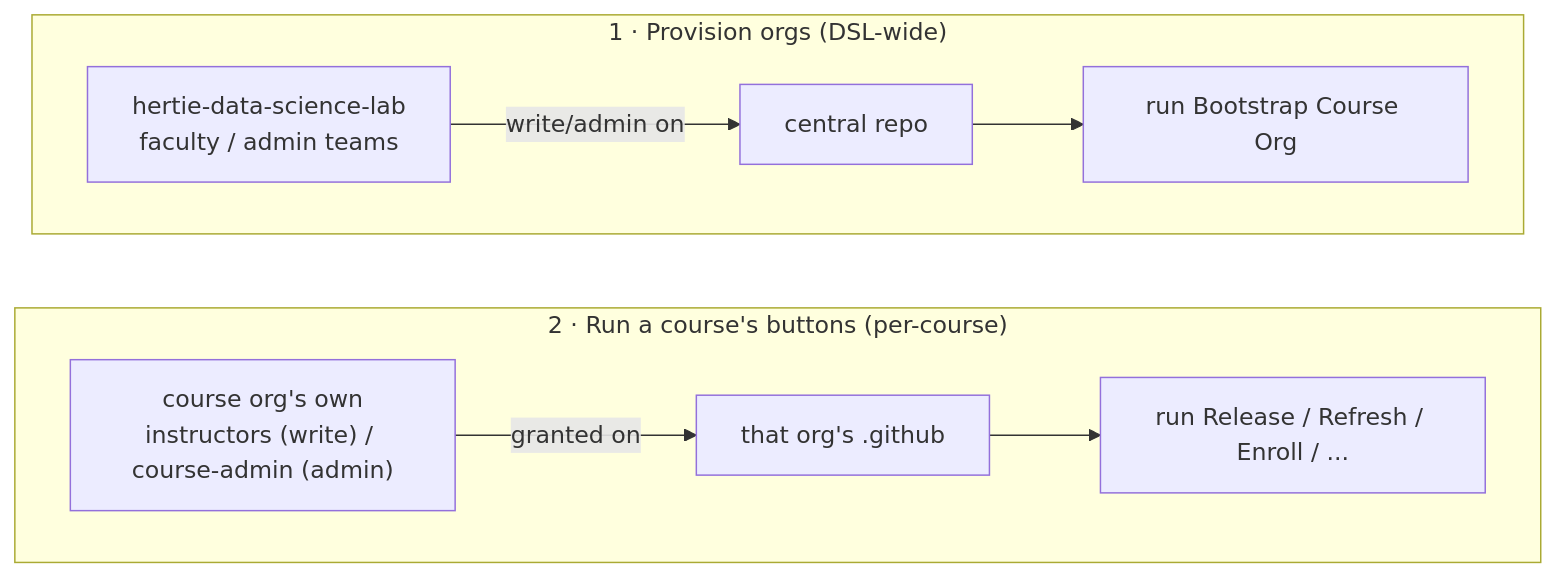
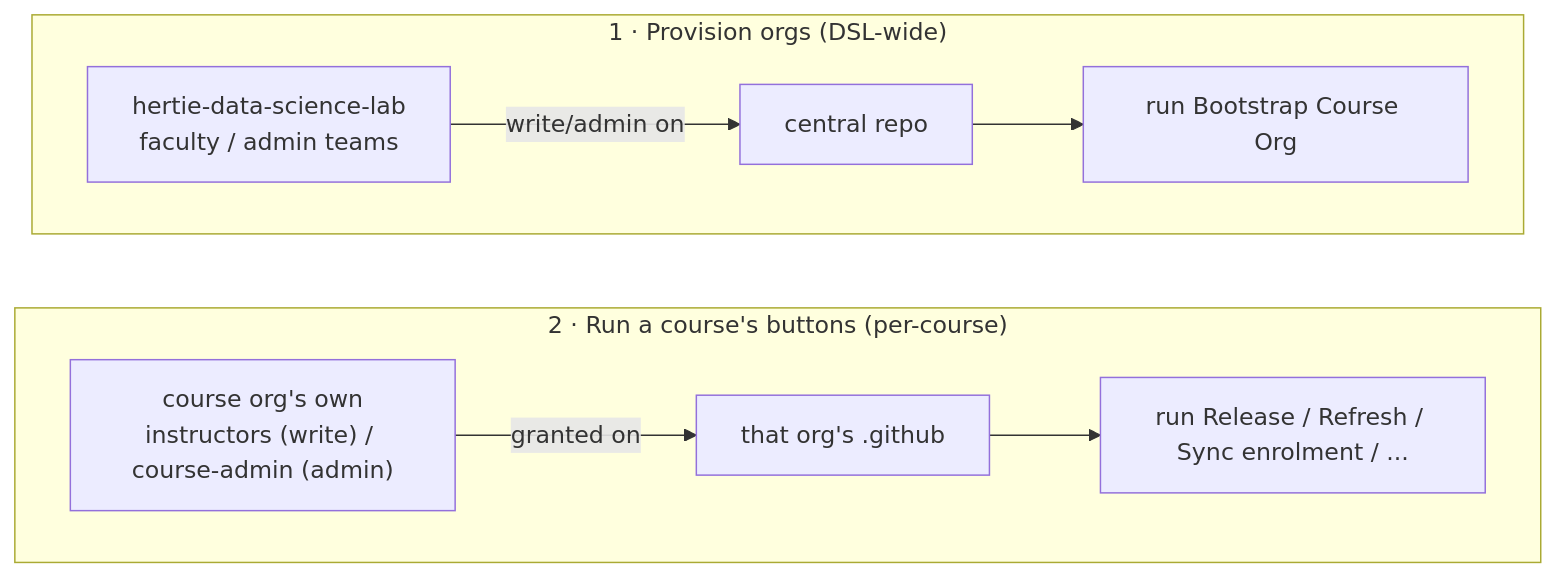
The third of 9 diagrams in docs/ARCHITECTURE.md (hertie-data-science-lab/dsl-teaching-course-setup), drawn with Mermaid before and after one commit. The commit also changed other lines of this file and 7 other files, not shown here.

First line of the commit message:
refactor(enrolment): collapse enroll-student into one Sync enrolment reconcile

````diff
--- a/docs/ARCHITECTURE.md
+++ b/docs/ARCHITECTURE.md
@@ -90,10 +90,10 @@
 ```mermaid
 flowchart TD
   subgraph prov["1 · Provision orgs (DSL-wide)"]
     ct["hertie-data-science-lab<br/>faculty / admin teams"] -->|"write/admin on"| cr["central repo"] --> ba["run Bootstrap Course Org"]
   end
   subgraph run["2 · Run a course's buttons (per-course)"]
-    it["course org's own<br/>instructors (write) / course-admin (admin)"] -->|"granted on"| gh["that org's .github"] --> rb["run Release / Refresh / Enroll / ..."]
+    it["course org's own<br/>instructors (write) / course-admin (admin)"] -->|"granted on"| gh["that org's .github"] --> rb["run Release / Refresh / Sync enrolment / ..."]
   end
   prov ~~~ run
 ```
````
